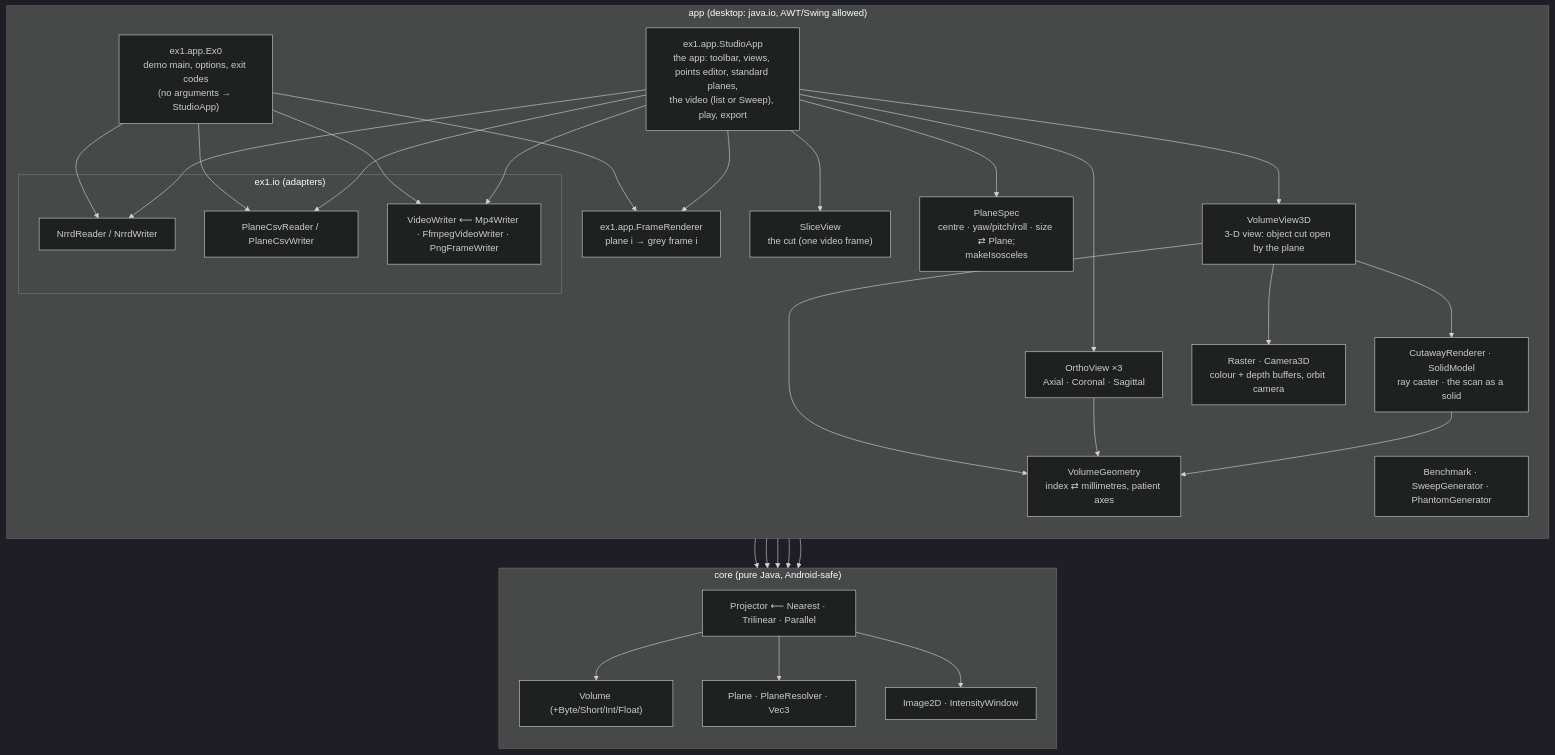
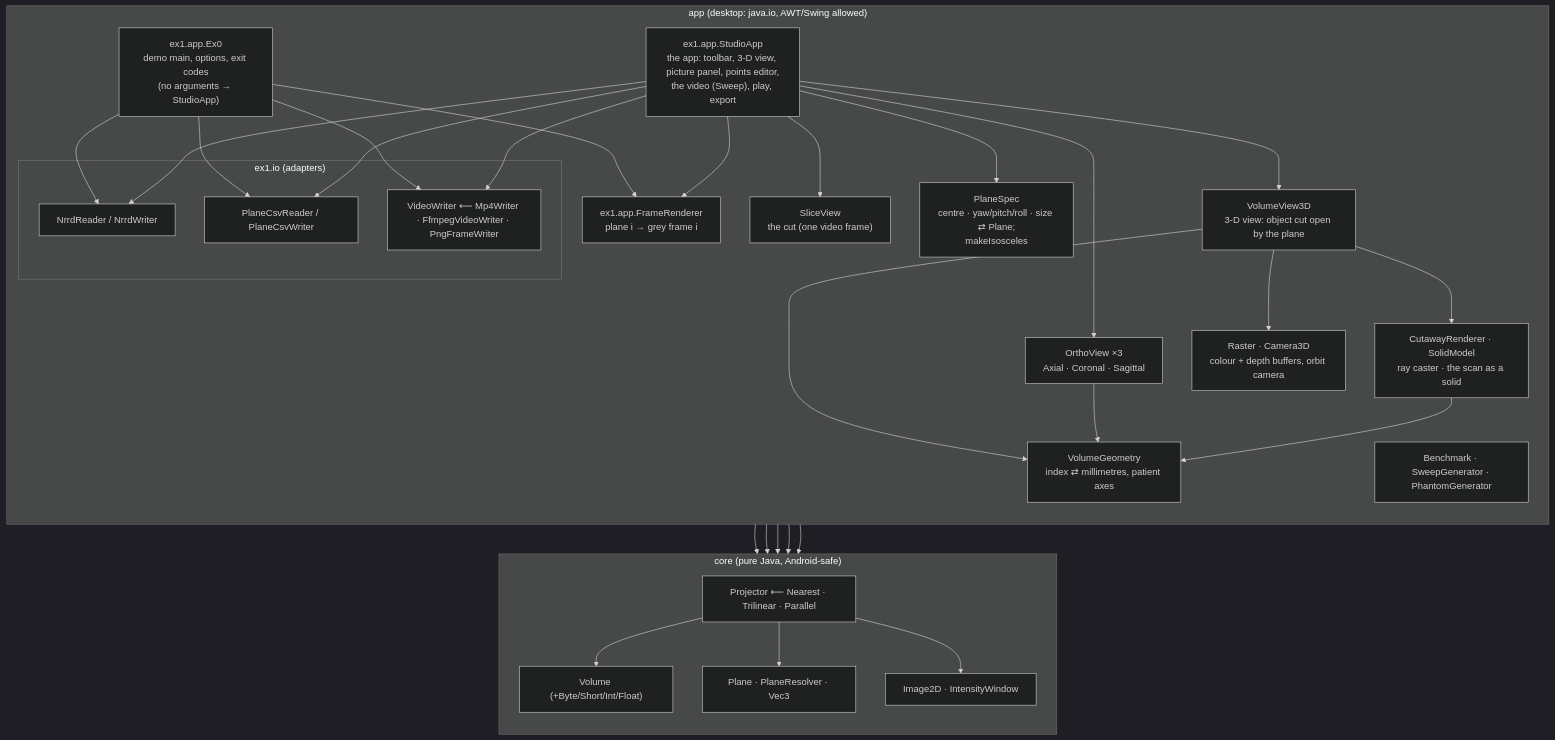
The second of 6 diagrams in docs/SDD.md (NoamTheGolem/Intro2SE_Ex1), drawn with Mermaid (dark theme) before and after one commit. The commit also changed other lines of this file and 13 other files, not shown here.

First line of the commit message:
docs: ADR-0012, SRS 3.3, STD 3.3, new screenshots of the points-only app

````diff
--- a/docs/SDD.md
+++ b/docs/SDD.md
@@ -48,41 +49,41 @@
 ```mermaid
 flowchart TB
     subgraph app["app  (desktop: java.io, AWT/Swing allowed)"]
       direction TB
       Ex0["ex1.app.Ex0<br/>demo main, options, exit codes<br/>(no arguments → StudioApp)"]
-      Studio["ex1.app.StudioApp<br/>the app: toolbar, views, points editor, standard planes,<br/>the video (list or Sweep), play, export"]
+      Studio["ex1.app.StudioApp<br/>the app: toolbar, 3-D view, picture panel, points editor,<br/>the video (Sweep), play, export"]
       V3["VolumeView3D<br/>3-D view: object cut open by the plane"]
       CR["CutawayRenderer · SolidModel<br/>ray caster · the scan as a solid"]
       RC["Raster · Camera3D<br/>colour + depth buffers, orbit camera"]
       OV["OrthoView ×3<br/>Axial · Coronal · Sagittal"]
       VG["VolumeGeometry<br/>index ⇄ millimetres, patient axes"]
       V2["SliceView<br/>the cut (one video frame)"]
       PS["PlaneSpec<br/>centre · yaw/pitch/roll · size ⇄ Plane;<br/>makeIsosceles"]
       FR["ex1.app.FrameRenderer<br/>plane i → grey frame i"]
       Bench["Benchmark · SweepGenerator · PhantomGenerator"]
       subgraph io["ex1.io  (adapters)"]
         NR["NrrdReader / NrrdWriter"]
         CSV["PlaneCsvReader / PlaneCsvWriter"]
         VW["VideoWriter ⟵ Mp4Writer · FfmpegVideoWriter · PngFrameWriter"]
       end
     end
     subgraph core["core  (pure Java, Android-safe)"]
       direction TB
       Vol["Volume (+Byte/Short/Int/Float)"]
       Plane["Plane · PlaneResolver · Vec3"]
       Proj["Projector ⟵ Nearest · Trilinear · Parallel"]
       Img["Image2D · IntensityWindow"]
     end
     Ex0 --> FR --> Proj
     Studio --> FR
     Studio --> V3 & OV & V2 & PS
     V3 --> CR & RC
     V3 & OV & CR --> VG
     PS --> Plane
     Ex0 --> NR & CSV & VW
     Studio --> NR & CSV & VW
     NR --> Vol
     CSV --> Plane
     Proj --> Vol & Plane & Img
     FR --> Img
 ```
````
